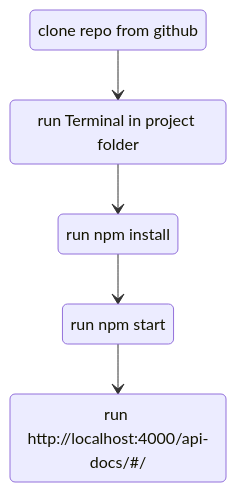
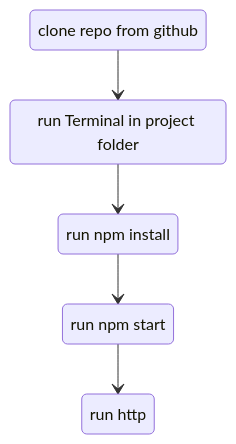
One commit to justdReas/right2drive-backend changed the diagram in README.md. Above: the diagram before and after it, drawn with Mermaid.

````diff
--- a/README.md
+++ b/README.md
@@ -40,12 +40,12 @@
 ```mermaid
 stateDiagram
     A: clone repo from github
     B: run Terminal in project folder
     C: run npm install
     D: run npm start
-    E: run http://localhost:4000/api-docs/#/
+    E: run http
     A --> B
     B --> C
     C --> D
     D --> E
 ```
````
